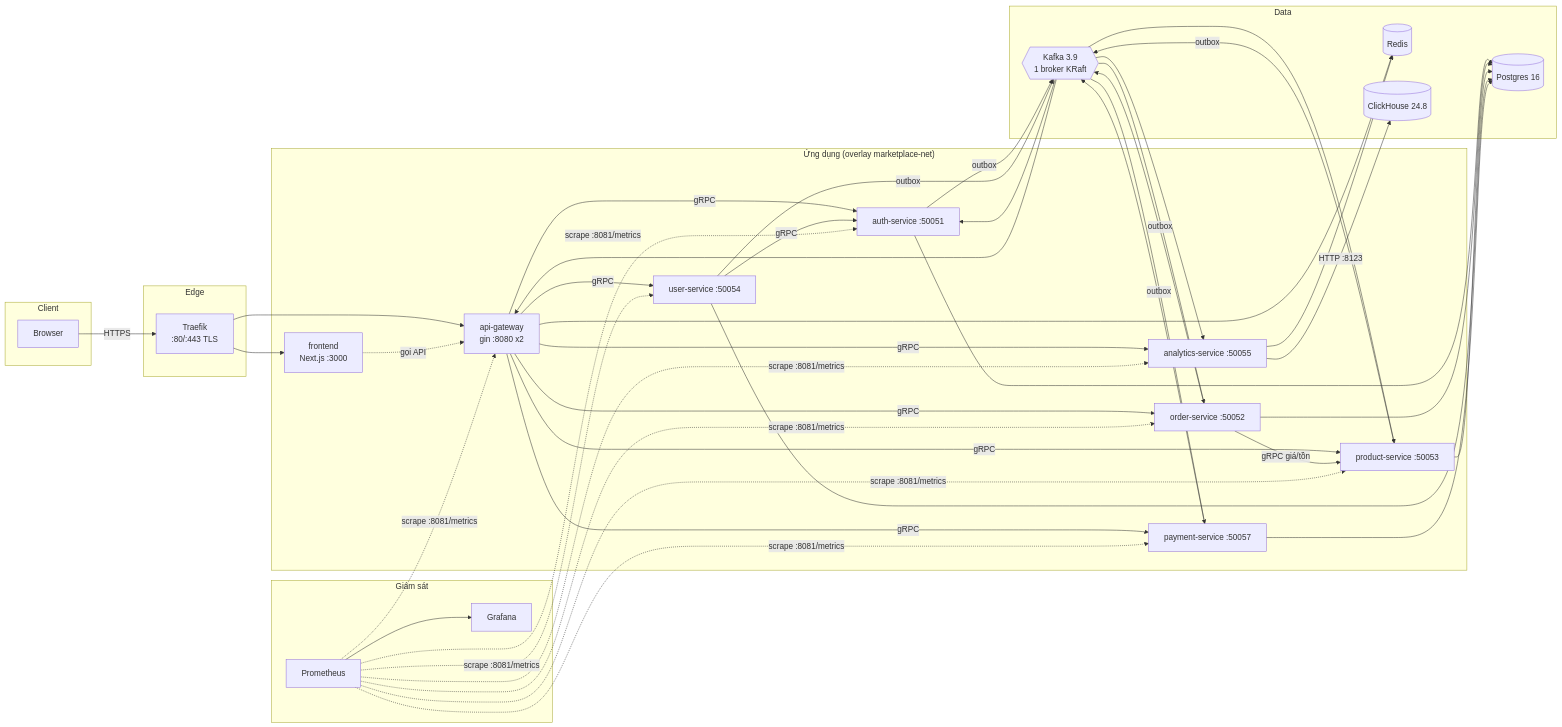
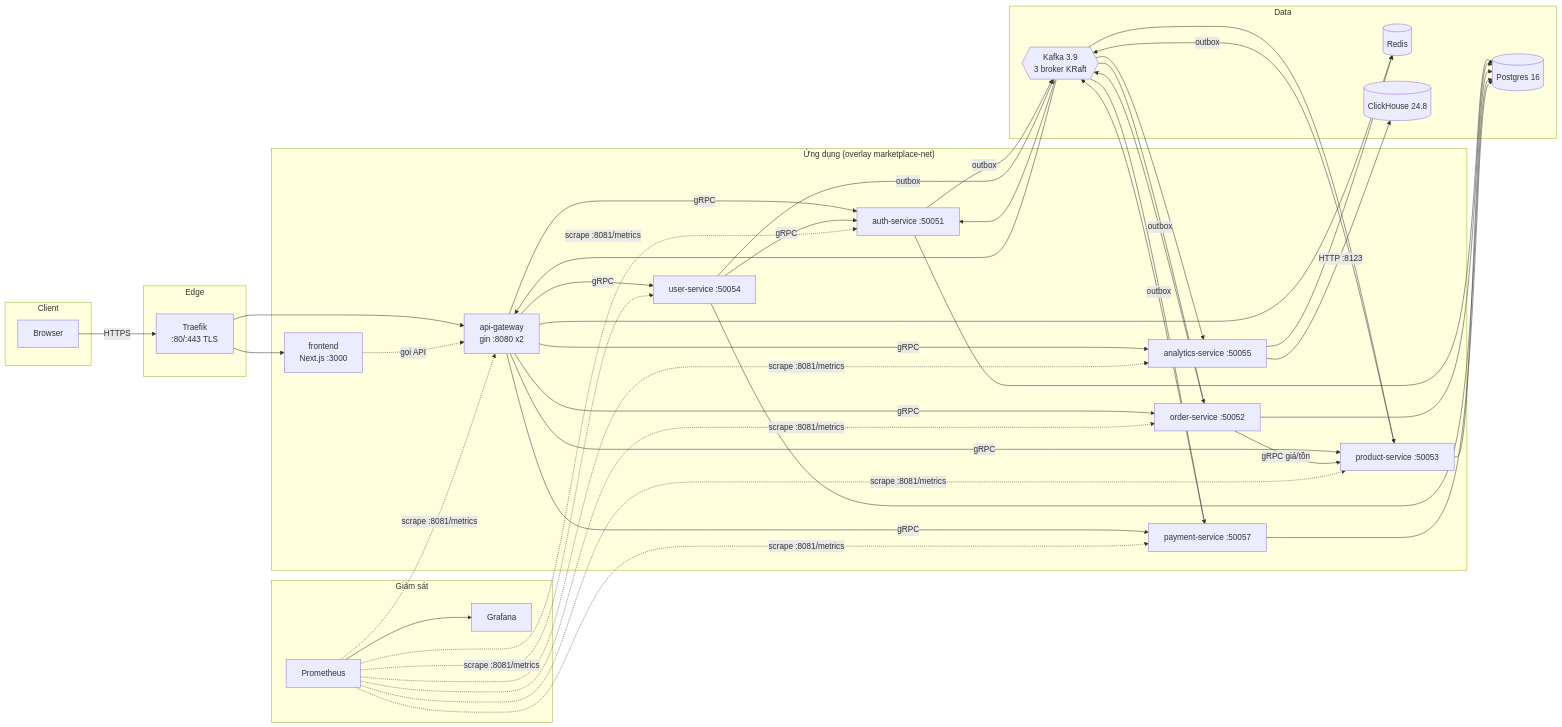
One commit to khoatran18/mini-marketplace changed the first of 3 diagrams in docs/overview/01_SYSTEM_OVERVIEW.md. Above: the diagram before and after it, drawn with Mermaid. The commit also changed other lines of this file and 41 other files, not shown here.

````diff
--- a/docs/overview/01_SYSTEM_OVERVIEW.md
+++ b/docs/overview/01_SYSTEM_OVERVIEW.md
@@ -8,40 +8,40 @@
 ```mermaid
 flowchart LR
   subgraph Client
     B[Browser]
   end
   subgraph Edge
     T[Traefik<br/>:80/:443 TLS]
   end
   subgraph App["Ứng dụng (overlay marketplace-net)"]
     F[frontend<br/>Next.js :3000]
     G[api-gateway<br/>gin :8080 x2]
     A[auth-service :50051]
     O[order-service :50052]
     P[product-service :50053]
     U[user-service :50054]
     AN[analytics-service :50055]
     PAY[payment-service :50057]
   end
   subgraph Data
     PG[(Postgres 16)]
     R[(Redis)]
-    K{{Kafka 3.9<br/>1 broker KRaft}}
+    K{{Kafka 3.9<br/>3 broker KRaft}}
     CH[(ClickHouse 24.8)]
   end
   subgraph Obs["Giám sát"]
     PR[Prometheus] --> GR[Grafana]
   end
   B -->|HTTPS| T --> F
   T --> G
   F -. gọi API .-> G
   G -->|gRPC| A & O & P & U & AN & PAY
   O -->|gRPC giá/tồn| P
   U -->|gRPC| A
   A & O & P & U & PAY --> PG
   G & AN --> R
   O & P & PAY & A & U -- outbox --> K
   K --> O & P & PAY & AN & A & G
   AN -->|HTTP :8123| CH
   PR -. scrape :8081/metrics .-> G & A & O & P & U & AN & PAY
 ```
````
